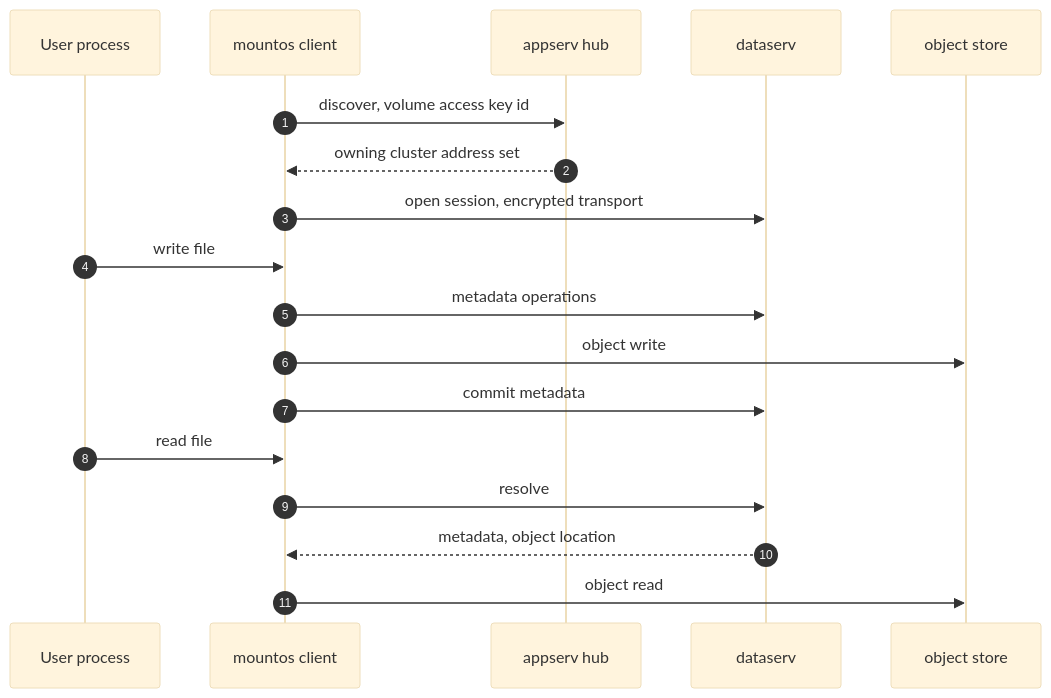
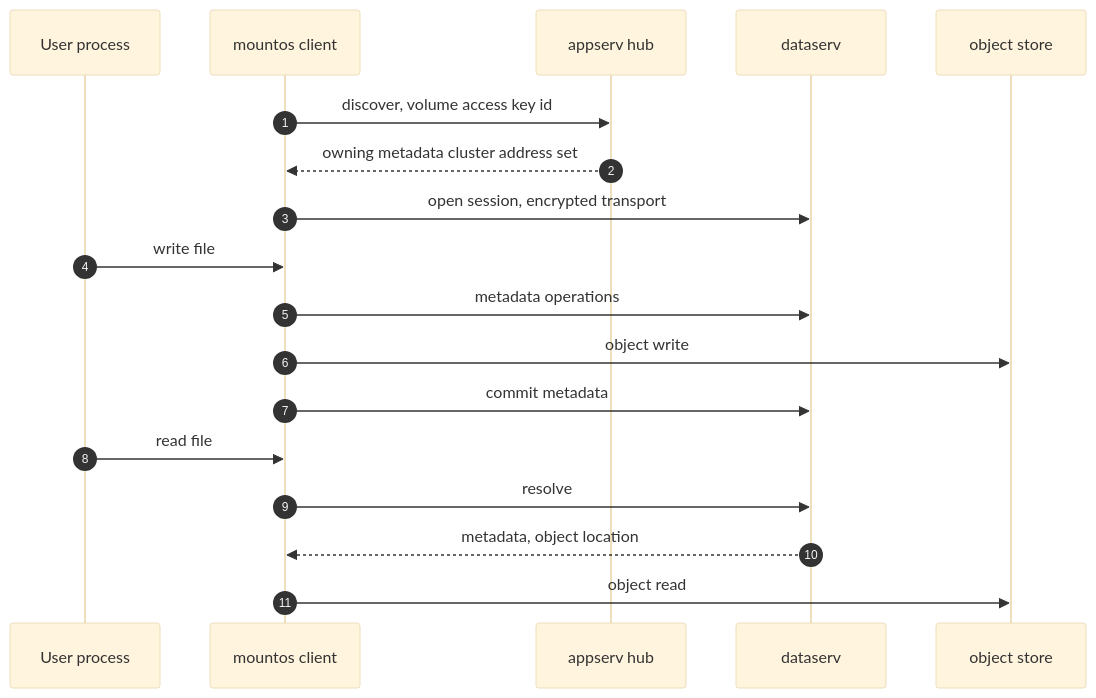
One commit to mountos-io/skills changed the fourth of 6 diagrams in deploy/deploy.bundle.md. Above: the diagram before and after it, drawn with Mermaid (base theme). The commit also changed other lines of this file and 7 other files, not shown here.

First line of the commit message:
docs: rename region_cluster -> Metadata cluster in deploy skill prose

````diff
--- a/deploy/deploy.bundle.md
+++ b/deploy/deploy.bundle.md
@@ -341,21 +342,21 @@
 ```mermaid
 sequenceDiagram
   autonumber
   participant U as User process
   participant C as mountos client
   participant H as appserv hub
   participant D as dataserv
   participant S as object store
 
   C->>H: discover, volume access key id
-  H-->>C: owning cluster address set
+  H-->>C: owning metadata cluster address set
   C->>D: open session, encrypted transport
   U->>C: write file
   C->>D: metadata operations
   C->>S: object write
   C->>D: commit metadata
   U->>C: read file
   C->>D: resolve
   D-->>C: metadata, object location
   C->>S: object read
 ```
````
